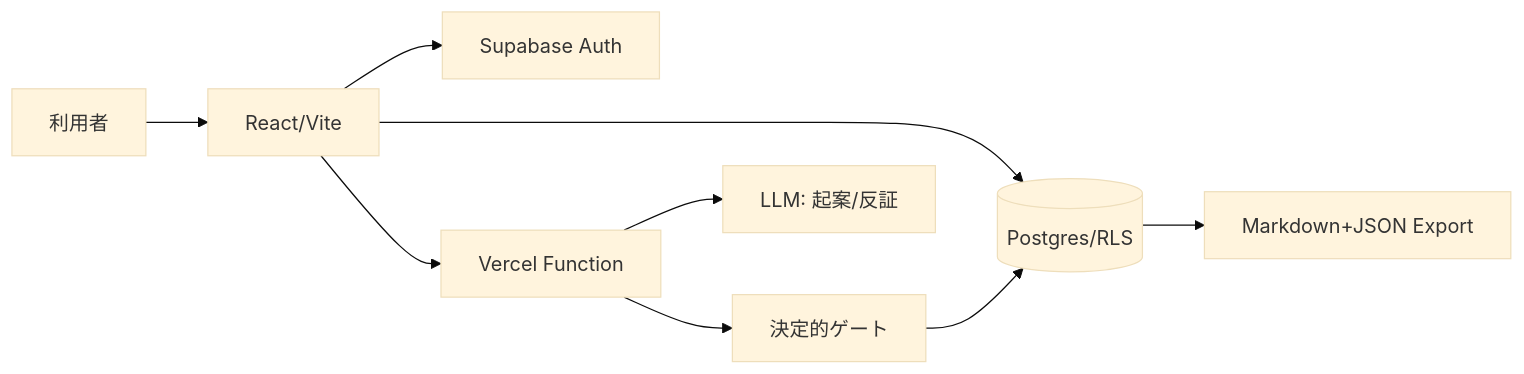
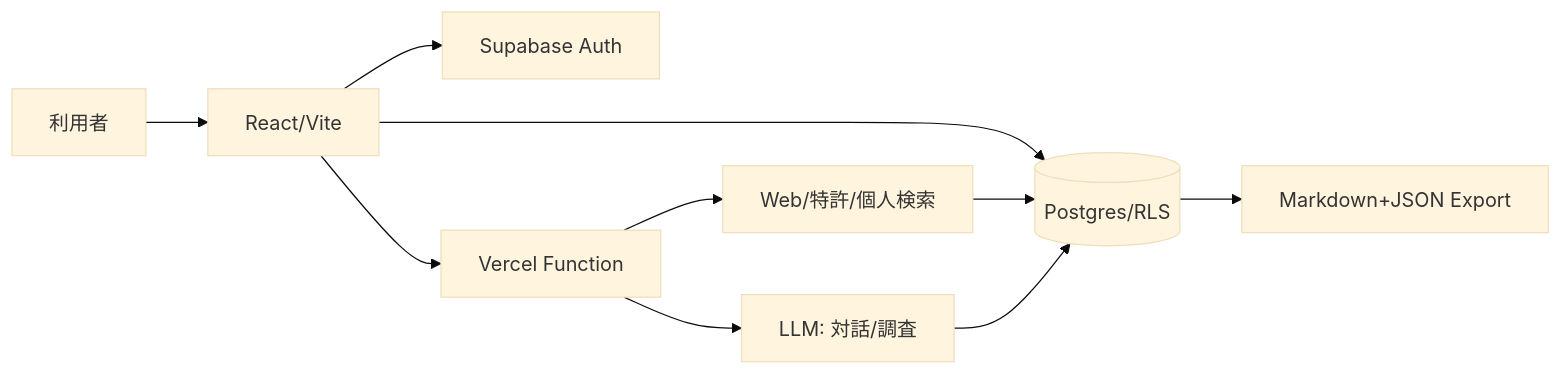
The diagram in docs/spec/architecture.md (TakehiroFujita0870/sougyou-shien-app), drawn with Mermaid (base theme) before and after one commit. The commit also changed other lines of this file and 5 other files, not shown here.

````diff
--- a/docs/spec/architecture.md
+++ b/docs/spec/architecture.md
@@ -7,11 +7,12 @@
 ```mermaid
 flowchart LR
   U[利用者] --> UI[React/Vite]
   UI --> AUTH[Supabase Auth]
   UI --> DB[(Postgres/RLS)]
   UI --> API[Vercel Function]
-  API --> LLM[LLM: 起案/反証]
-  API --> GATE[決定的ゲート]
-  GATE --> DB
+  API --> LLM[LLM: 対話/調査]
+  API --> SEARCH[Web/特許/個人検索]
+  SEARCH --> DB
+  LLM --> DB
   DB --> EXP[Markdown+JSON Export]
 ```
````
